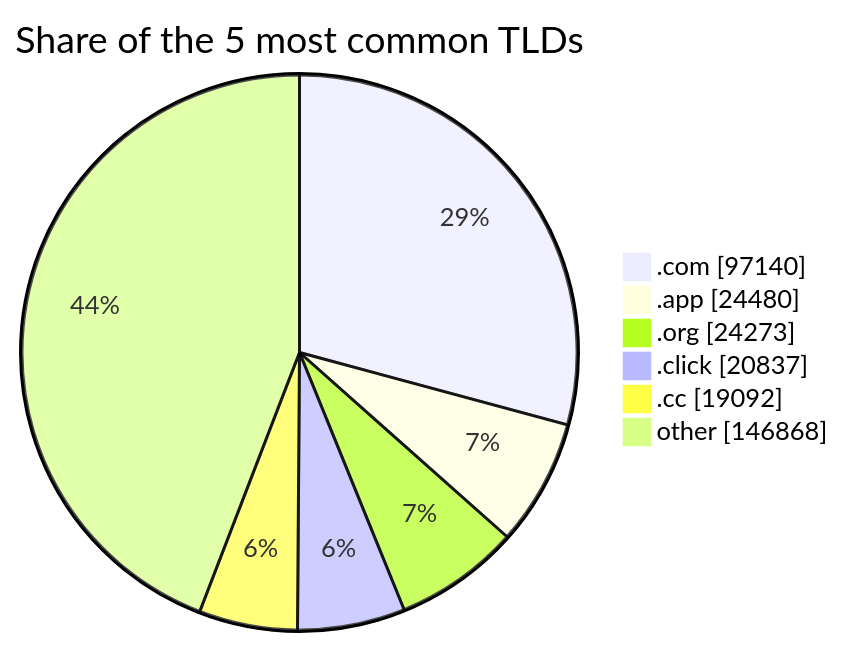
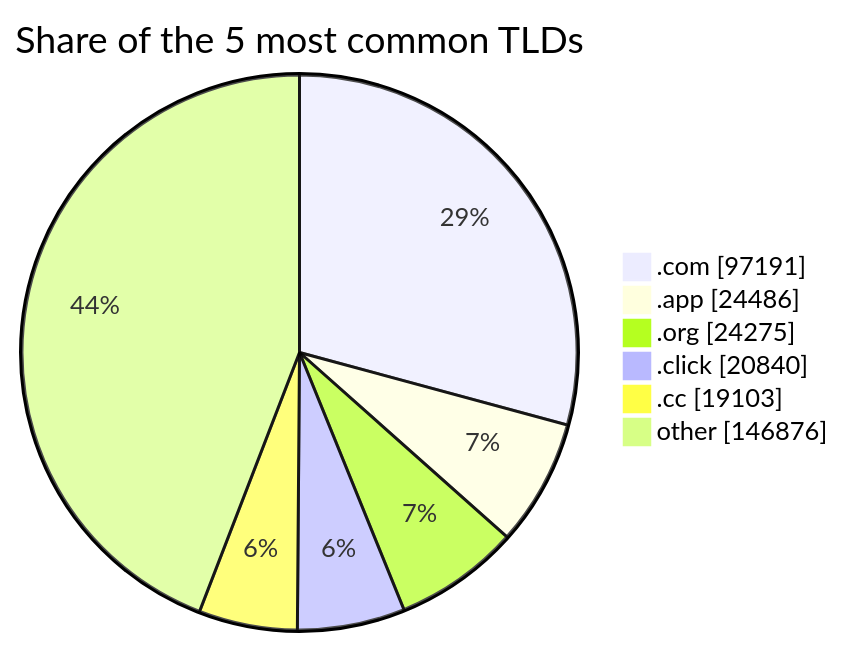
One commit to DNSBunker/CTI changed the third of 3 diagrams in README.md. Above: the diagram before and after it, drawn with Mermaid. The commit also changed other lines of this file and 4 other files, not shown here.

````diff
--- a/README.md
+++ b/README.md
@@ -81,9 +81,9 @@
 ```mermaid
 pie showData title Share of the 5 most common TLDs
-    ".com" : 97140
-    ".app" : 24480
-    ".org" : 24273
-    ".click" : 20837
-    ".cc" : 19092
-    "other" : 146868
+    ".com" : 97191
+    ".app" : 24486
+    ".org" : 24275
+    ".click" : 20840
+    ".cc" : 19103
+    "other" : 146876
 ```
````
